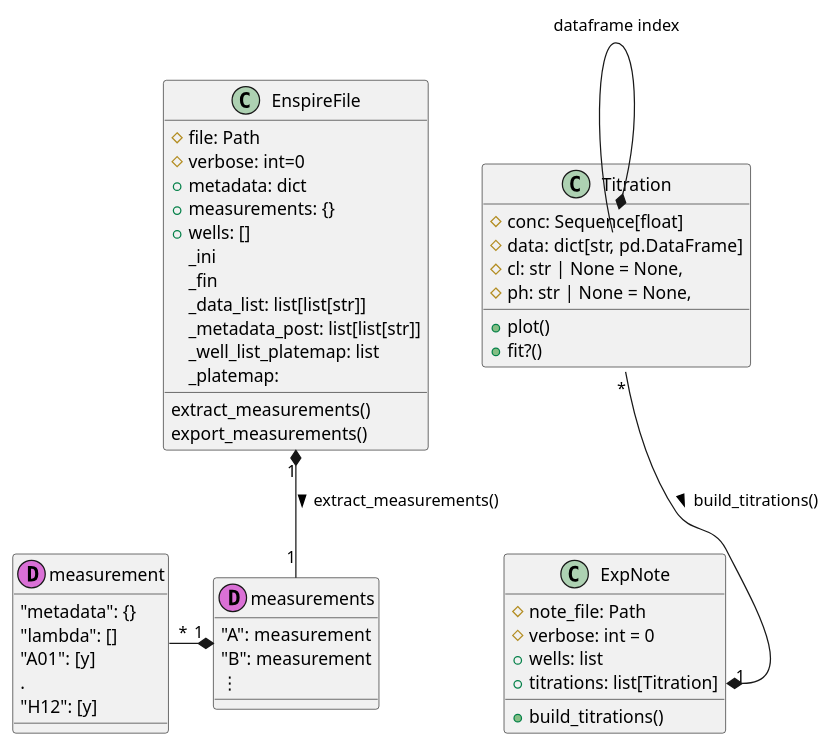
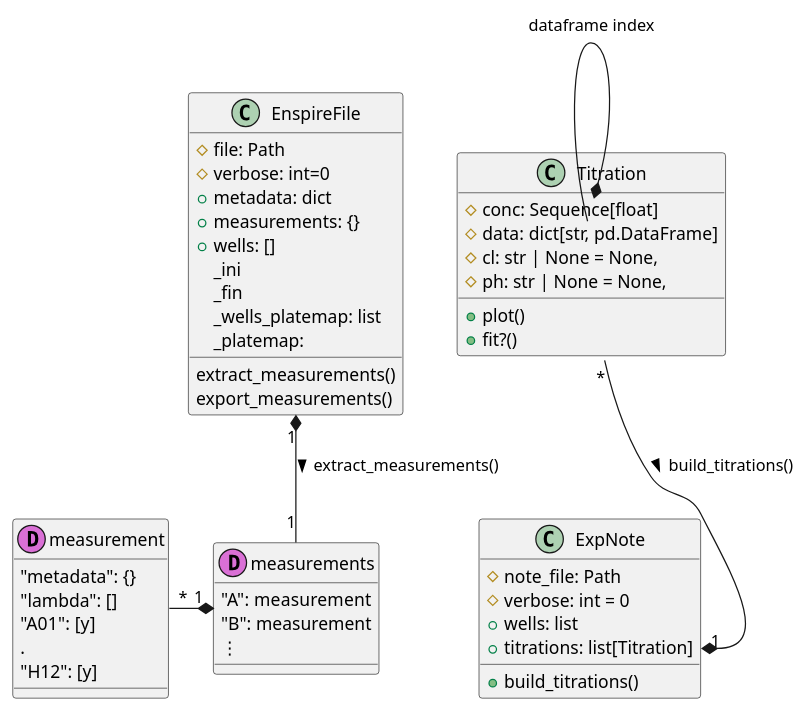
Before and after one commit to darosio/ClopHfit: the diagram in docs/references/prenspire.uml.rst, drawn with PlantUML. The commit also changed 3 other files, not shown here.

```diff
--- a/docs/references/prenspire.uml.rst
+++ b/docs/references/prenspire.uml.rst
@@ -1,54 +1,52 @@
 .. uml::
 
    class EnspireFile {
     #file: Path
     #verbose: int=0
     +metadata: dict
     +measurements: {}
     +wells: []
     _ini
     _fin
-    _data_list: list[list[str]]
-    _metadata_post: list[list[str]]
-    _well_list_platemap: list
+    _wells_platemap: list
     _platemap:
     extract_measurements()
     export_measurements()
    }
 
 
    class ExpNote {
        #note_file: Path
        #verbose: int = 0
        +wells: list
        +titrations: list[Titration]
        +build_titrations()
    }
 
    class Titration {
     #conc: Sequence[float]
     #data: dict[str, pd.DataFrame]
     #cl: str | None = None,
     #ph: str | None = None,
     +plot()
     +fit?()
    }
 
    Titration::conc *-- Titration::data : dataframe index
    Titration "*" --* "1" ExpNote::titrations  : > build_titrations()
    EnspireFile "1" *-- "1" measurements : > extract_measurements()
    measurement "*" -* "1" measurements
 
    class measurements << (D,orchid) >> {
        "A": measurement
        "B": measurement
        ⋮
    }
 
    class measurement << (D,orchid) >> {
        "metadata": {}
        "lambda": []
        "A01": [y]
        .
        "H12": [y]
    }
```
